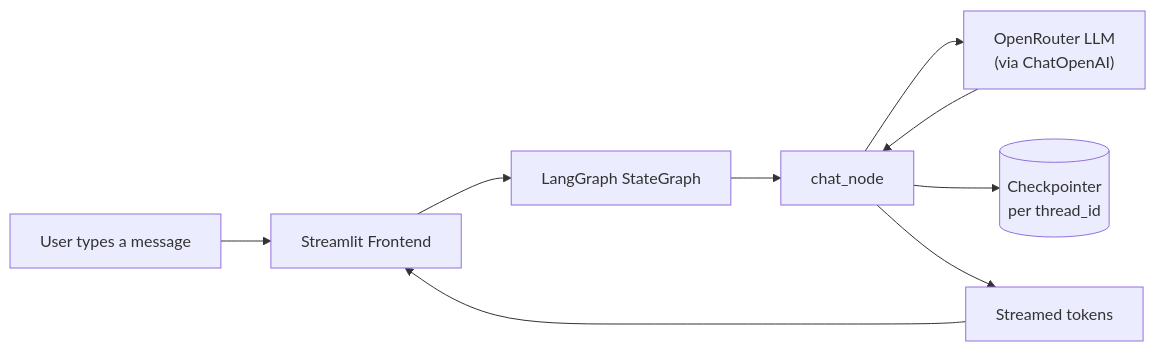
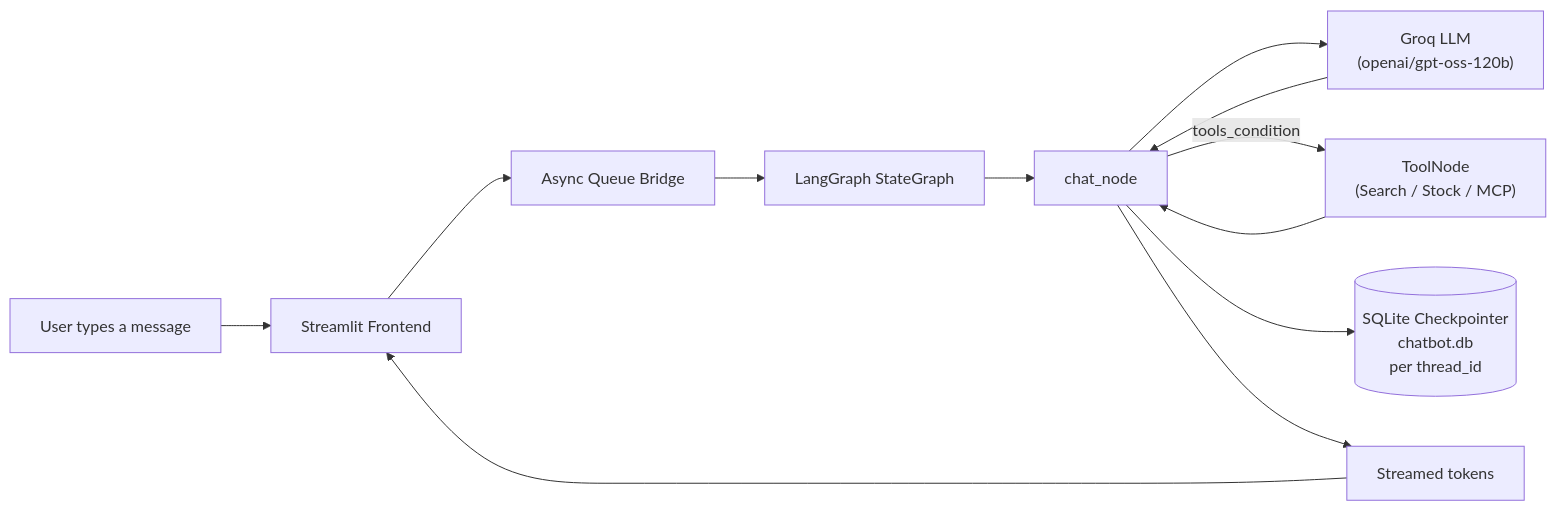
The diagram in README.md (nihal00753/Chatbot_V2), drawn with Mermaid before and after one commit. The commit also changed other lines of this file and 4 other files, not shown here.

Commit message:
Add tool calling with MCP integration, async SQLite checkpointer, and update README

````diff
--- a/README.md
+++ b/README.md
@@ -48,11 +51,14 @@
 ```mermaid
 flowchart LR
     U["User types a message"] --> UI["Streamlit Frontend"]
-    UI --> G["LangGraph StateGraph"]
+    UI --> Q["Async Queue Bridge"]
+    Q --> G["LangGraph StateGraph"]
     G --> N["chat_node"]
-    N --> LLM["OpenRouter LLM\n(via ChatOpenAI)"]
+    N --> LLM["Groq LLM\n(openai/gpt-oss-120b)"]
     LLM --> N
-    N --> CP[("Checkpointer\nper thread_id")]
+    N -->|"tools_condition"| T["ToolNode\n(Search / Stock / MCP)"]
+    T --> N
+    N --> CP[("SQLite Checkpointer\nchatbot.db\nper thread_id")]
     N --> S["Streamed tokens"]
     S --> UI
 ```
````
